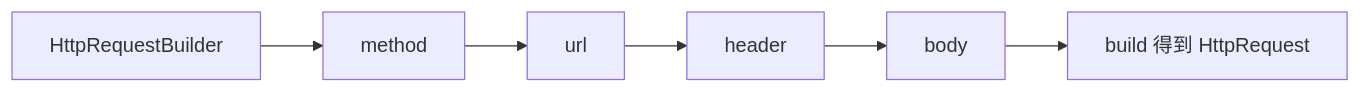
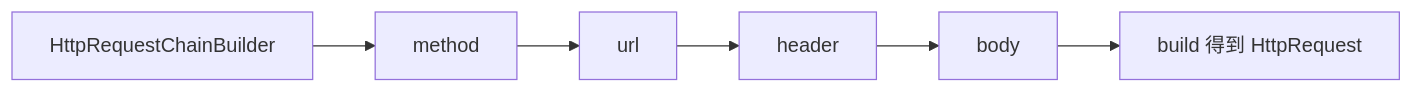
Before and after one commit to zackdlut/design_pattern: the seventh of 9 diagrams in docs/creational/builder.md, drawn with Mermaid. The commit also changed other lines of this file and 6 other files, not shown here.

````diff
--- a/docs/creational/builder.md
+++ b/docs/creational/builder.md
@@ -283,8 +283,8 @@
 ```mermaid
 flowchart LR
-  A[HttpRequestBuilder] --> M[method]
+  A[HttpRequestChainBuilder] --> M[method]
   M --> U[url]
   U --> H[header]
   H --> B[body]
   B --> R[build 得到 HttpRequest]
 ```
````
